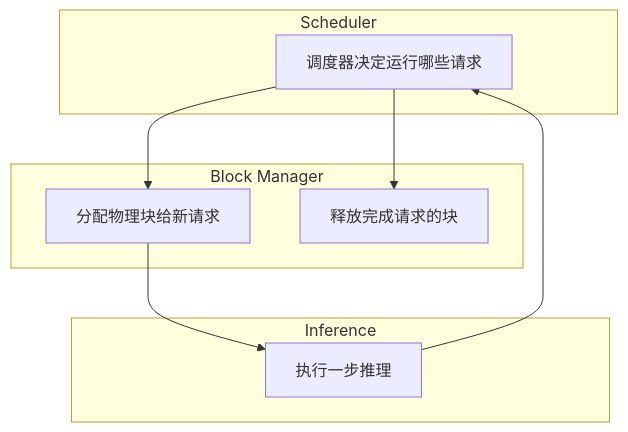
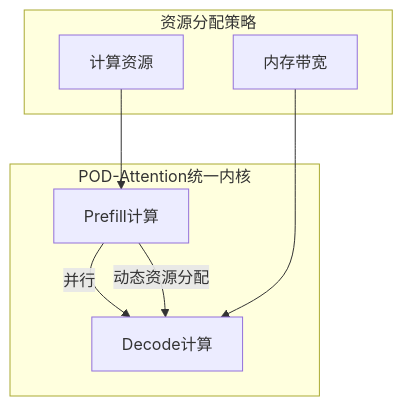
One commit to Xunzhuo/mini-sglang changed the seventh of 9 diagrams in learning/website/docs/basics/17-scheduling.md. Above: the diagram before and after it, drawn with Mermaid. The commit also changed other lines of this file and 9 other files, not shown here.

````diff
--- a/learning/website/docs/basics/17-scheduling.md
+++ b/learning/website/docs/basics/17-scheduling.md
@@ -226,20 +299,12 @@
 ```mermaid
 graph TB
-    subgraph Scheduler
-        S1[调度器决定运行哪些请求]
+    subgraph "POD-Attention统一内核"
+        Prefill[Prefill计算] --> |并行| Decode[Decode计算]
+        Prefill --> |动态资源分配| Decode
     end
     
-    subgraph Block Manager
-        S2[分配物理块给新请求]
-        S3[释放完成请求的块]
+    subgraph "资源分配策略"
+        Compute[计算资源] --> Prefill
+        Memory[内存带宽] --> Decode
     end
-    
-    subgraph Inference
-        S4[执行一步推理]
-    end
-    
-    S1 --> S2
-    S1 --> S3
-    S2 --> S4
-    S4 --> S1
 ```
````
